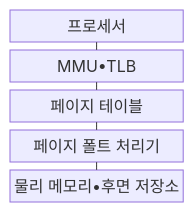
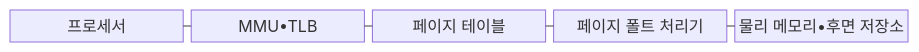
The first of 2 diagrams in src/content/docs/notes/03-software/015_virtual_memory.md (agnusdei1207/knowledge-base), drawn with Mermaid before and after one commit. The commit also changed other lines of this file and 493 other files, not shown here.

````diff
--- a/src/content/docs/notes/03-software/015_virtual_memory.md
+++ b/src/content/docs/notes/03-software/015_virtual_memory.md
@@ -68,13 +68,9 @@
 ```mermaid
-block
-    columns 1
-    C["프로세서"]
-    M["MMU•TLB"]
-    T["페이지 테이블"]
-    F["페이지 폴트 처리기"]
-    P["물리 메모리•후면 저장소"]
-    C --- M
-    M --- T
-    T --- F
-    F --- P
+block-beta
+  columns 5
+  C["프로세서"] M["MMU•TLB"] T["페이지 테이블"] F["페이지 폴트 처리기"] P["물리 메모리•후면 저장소"]
+  C --- M
+  M --- T
+  T --- F
+  F --- P
 ```
````
